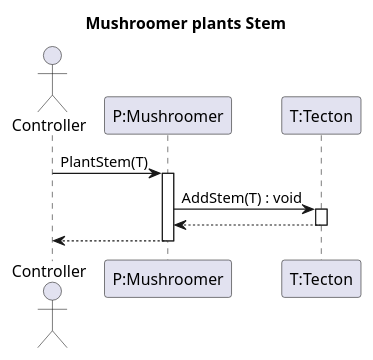
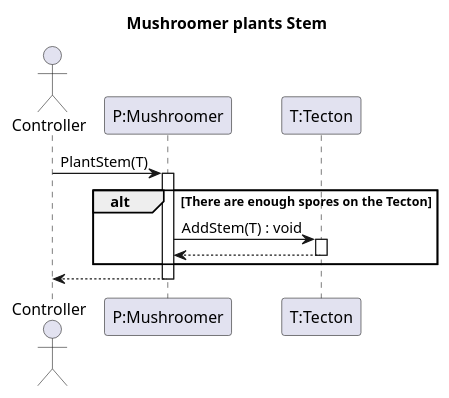
Before and after one commit to Petya-G/fungorium: the diagram in 3/sequence/plantStem.puml, drawn with PlantUML.

Commit message:
# fix plantStem again

```diff
--- a/3/sequence/plantStem.puml
+++ b/3/sequence/plantStem.puml
@@ -1,20 +1,21 @@
 @startuml plantStem
 
 title Mushroomer plants Stem
 
 actor Controller
 participant "P:Mushroomer" as P
 
 participant "T:Tecton" as T
 
 Controller -> P : PlantStem(T)
 activate P
+alt There are enough spores on the Tecton
 P -> T: AddStem(T) : void
 activate T
 T-->P
 deactivate T
-
+end
 P --> Controller
 deactivate P
 
 @enduml
```
